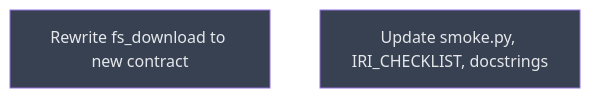
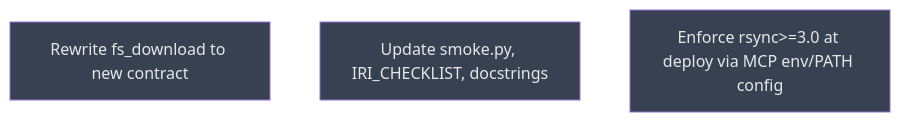
One commit to RIKEN-RCCS/Rikyu-Agent changed the diagram in __roadmap__/fs-download-rework/transports/benchmark/finalize/productionize/README.md. Above: the diagram before and after it, drawn with Mermaid. The commit also changed other lines of this file and 2 other files, not shown here.

Commit message:
docs(roadmap): amend with deploy_rsync_env leaf; clarify decouple is defense-in-depth
Keep rsync>=3.0 as a deployment requirement (remotemanager needs it for
rm_rsync + the run_command path); enforce via MCP-host env/PATH config,
not by dropping the requirement. Decoupling only makes our download
exec+checksum survive where that enforcement is absent.

````diff
--- a/__roadmap__/fs-download-rework/transports/benchmark/finalize/productionize/README.md
+++ b/__roadmap__/fs-download-rework/transports/benchmark/finalize/productionize/README.md
@@ -16,10 +16,11 @@
 ```mermaid
 graph TD
     rewrite_tool[Rewrite fs_download to new contract]:::planned
     tests_and_docs[Update smoke.py, IRI_CHECKLIST, docstrings]:::planned
+    deploy_rsync_env[Enforce rsync>=3.0 at deploy via MCP env/PATH config]:::planned
     classDef done       fill:#166534,color:#bbf7d0
     classDef inprogress fill:#854d0e,color:#fef08a
     classDef planned    fill:#374151,color:#e5e7eb
     classDef amendment  fill:#1e3a5f,color:#bfdbfe
     classDef blocked    fill:#7f1d1d,color:#fecaca
 ```
````
